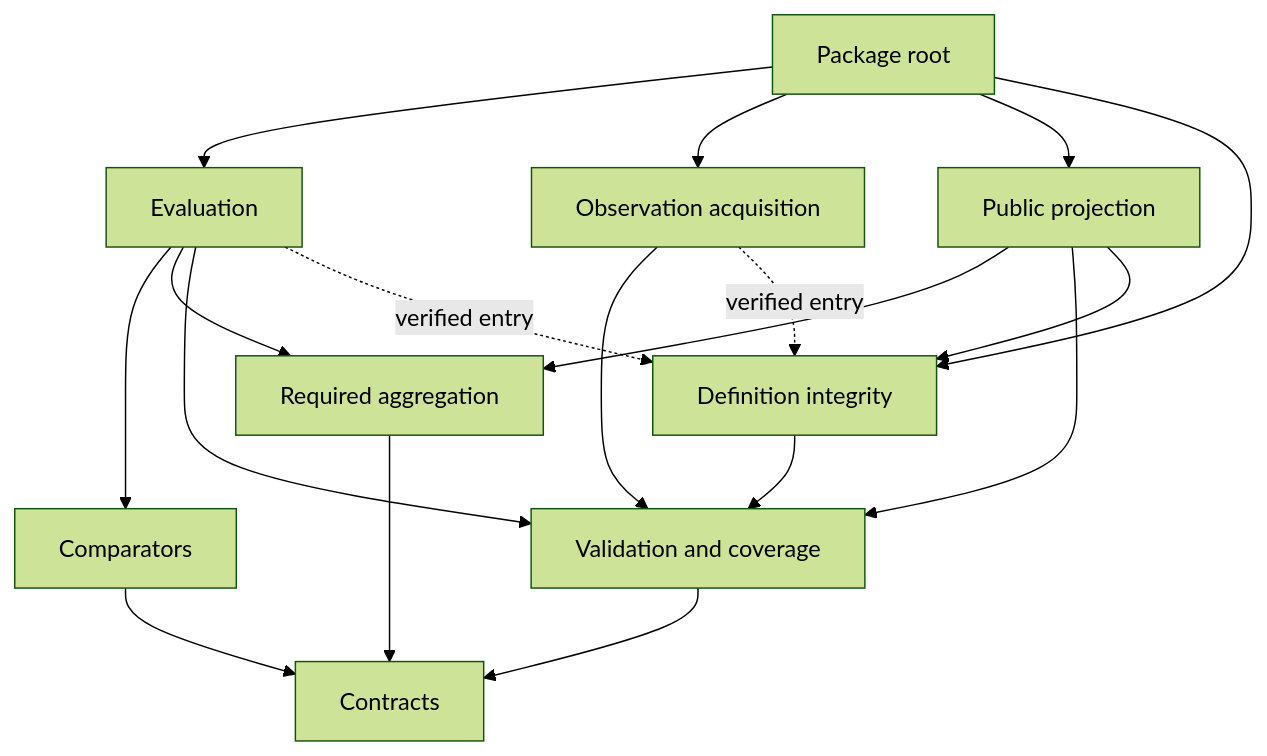
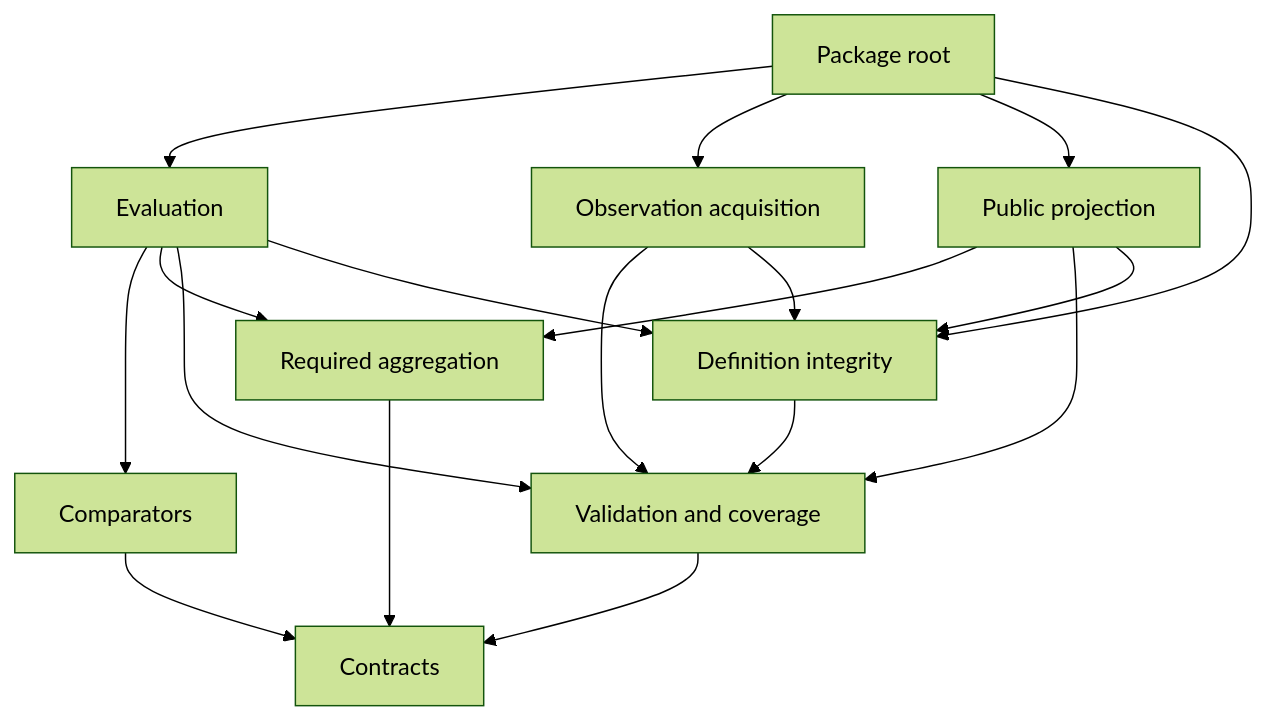
The diagram in docs/architecture.md (0xbuffdev/assay), drawn with Mermaid (forest theme) before and after one commit. The commit also changed other lines of this file and 9 other files, not shown here.

````diff
--- a/docs/architecture.md
+++ b/docs/architecture.md
@@ -42,20 +42,20 @@
 ```mermaid
 flowchart TD
     API["Package root"] --> E["Evaluation"]
     API --> O["Observation acquisition"]
     API --> P["Public projection"]
     API --> I["Definition integrity"]
     E --> C["Comparators"]
     E --> A["Required aggregation"]
     P --> A
     E --> V["Validation and coverage"]
     O --> V
     P --> V
     P --> I
     I --> V
     V --> S["Contracts"]
     C --> S
     A --> S
-    E -. verified entry .-> I
-    O -. verified entry .-> I
+    E --> I
+    O --> I
 ```
````
